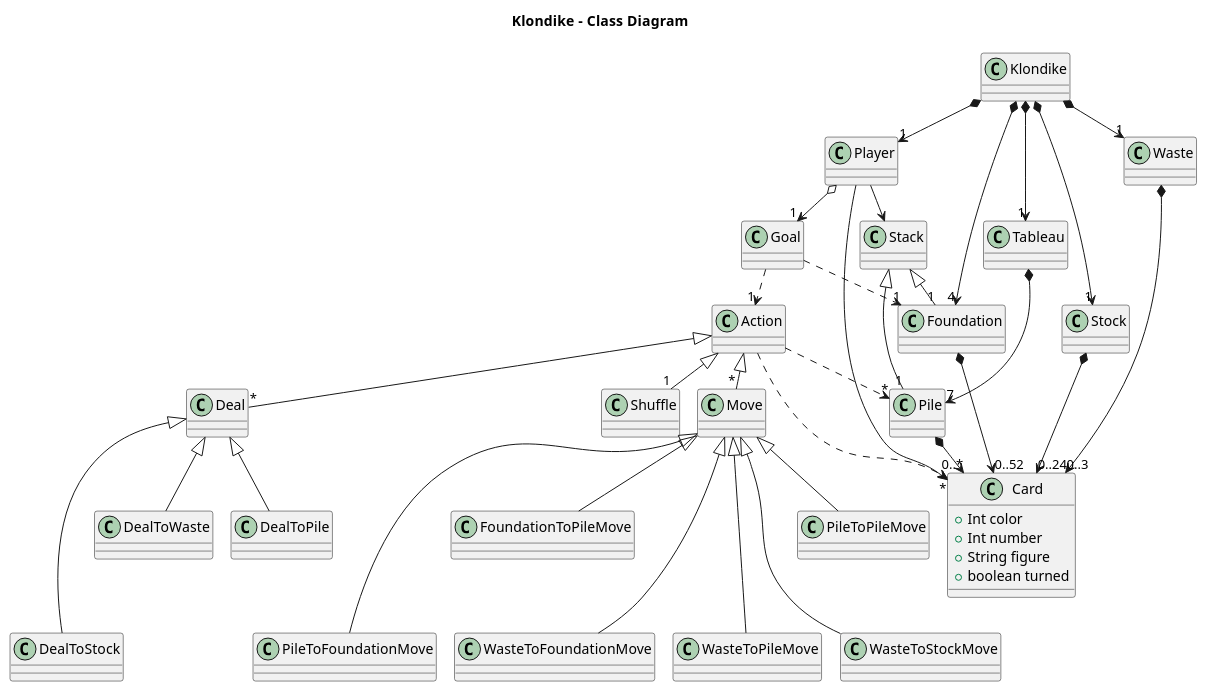
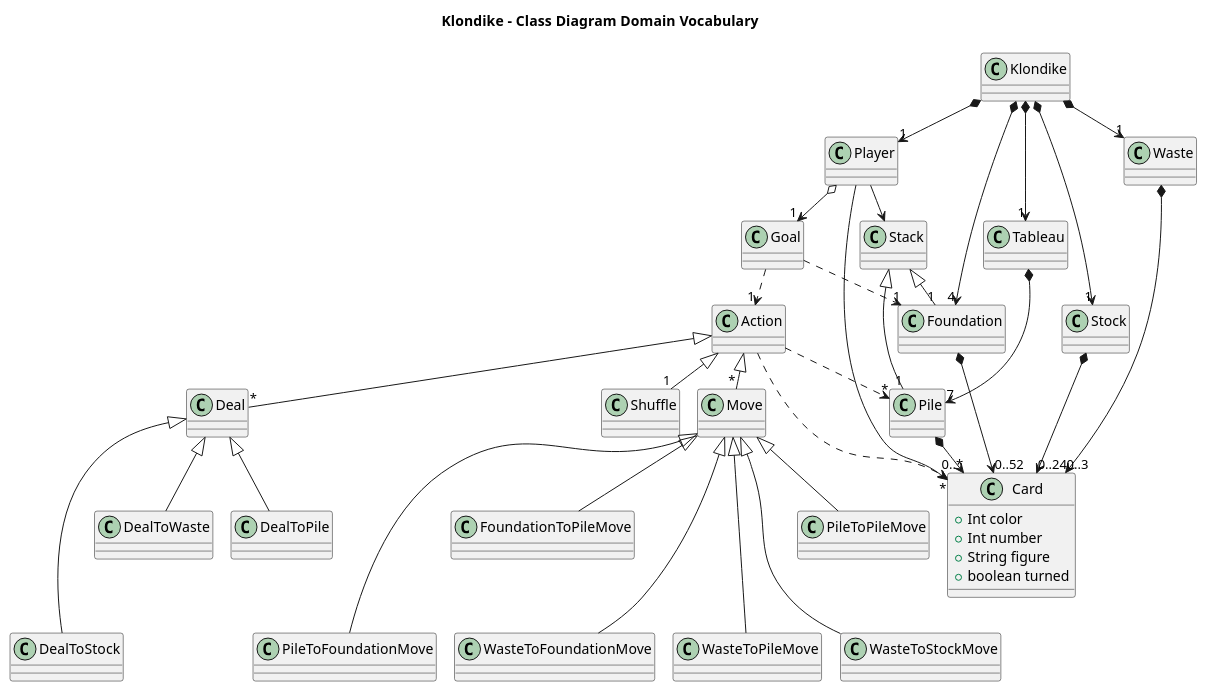
One commit to AngelOS95P/Maestria_IngSoftware_grupo6 changed the diagram in 1 Modelo de Dominio/01_Diagrama de clases.plantuml. Above: the diagram before and after it, drawn with PlantUML.

```diff
--- a/1 Modelo de Dominio/01_Diagrama de clases.plantuml
+++ b/1 Modelo de Dominio/01_Diagrama de clases.plantuml
@@ -1,72 +1,72 @@
 @startuml Class Diagram
-title Klondike  - Class Diagram
+title Klondike  - Class Diagram Domain Vocabulary
 !pragma layout smetana
 
 class Klondike
 class Player
 class Tableau
 class Foundation
 class Pile
 class Stock
 class Stack
 class Goal
 class Card {
   +Int color
   +Int number
   +String figure
   +boolean turned
 }
 class Action
 class Shuffle
 class Move
 class PileToPileMove
 class PileToFoundationMove
 class FoundationToPileMove
 class WasteToFoundationMove
 class WasteToPileMove
 class WasteToStockMove
 class Deal
 class DealToPile
 class DealToStock
 class DealToWaste
 
 
 Klondike *-down-> "1" Player
 Klondike *-down-> "4" Foundation
 Klondike *-down-> "1" Tableau
 Klondike *-down-> "1" Stock
 Klondike *-down-> "1" Waste
 
 Foundation *-down-> "0..52" Card
 
 Tableau *-down-> "7" Pile
 Pile *-down-> "0..*" Card
 
 Stock *-down-> "0..24" Card
 Waste *-down-> "0..3" Card
 
 Player o-down-> "1" Goal
 Player -down-> Card
 Player -down-> Stack
 Goal .down.> "1" Foundation
 
 Goal .down.> "1" Action
 Action <|-down- "1" Shuffle
 Action <|-down- "*" Move
 Move <|-down- PileToPileMove
 Move <|-down-- PileToFoundationMove
 Move <|-down- FoundationToPileMove
 Move <|-down-- WasteToPileMove
 Move <|-down-- WasteToStockMove
 Move <|-down-- WasteToFoundationMove
 Action <|-down- "*" Deal
 Deal <|-down- DealToPile
 Deal <|-down-- DealToStock
 Deal <|-down- DealToWaste
 Action .down.> "*" Card
 Action .down.> "*" Pile
 
 Stack <|-down- "1" Foundation
 Stack <|-down- "1" Pile
 
 @enduml
```
